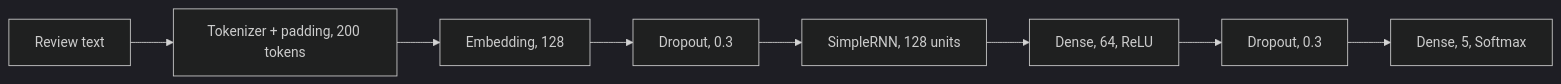
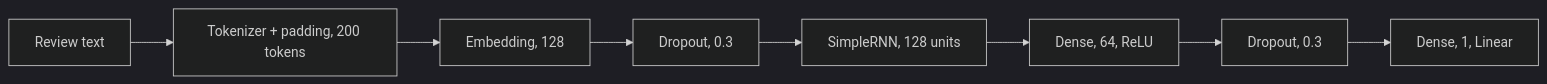
The diagram in RNN/Architecture.md (nguyenphongg233/BiLSTMnAttention-For-Sentiment-Analysis), drawn with Mermaid (dark theme) before and after one commit. The commit also changed other lines of this file and 9 other files, not shown here.

Commit message:
weighted MSE to handle dataset imbalance and add more detailed graphs

````diff
--- a/RNN/Architecture.md
+++ b/RNN/Architecture.md
@@ -3,10 +3,10 @@
 ```mermaid
 flowchart LR
     A[Review text] --> B[Tokenizer + padding, 200 tokens]
     B --> C[Embedding, 128]
     C --> D[Dropout, 0.3]
     D --> E[SimpleRNN, 128 units]
     E --> F[Dense, 64, ReLU]
     F --> G[Dropout, 0.3]
-    G --> H[Dense, 5, Softmax]
+    G --> H[Dense, 1, Linear]
 ```
````
